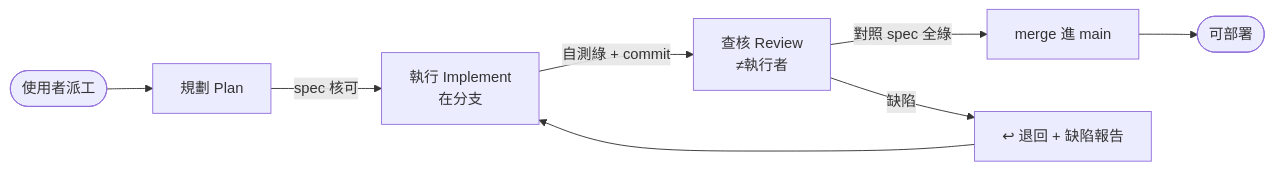
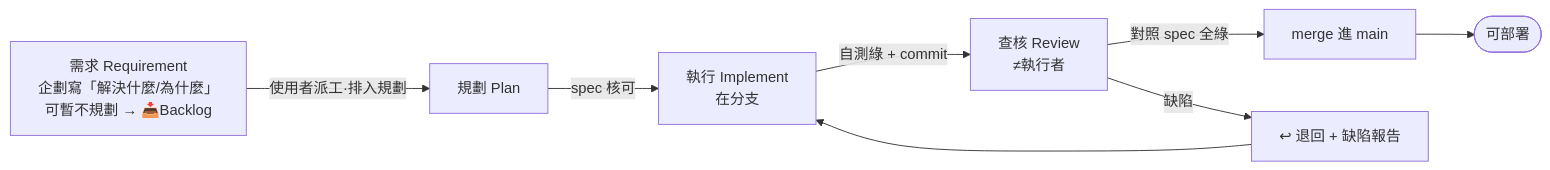
The second of 2 diagrams in AI_WORKFLOW.md (ruan6047/ai-workflow), drawn with Mermaid before and after one commit. The commit also changed other lines of this file and 1 other file, not shown here.

First line of the commit message:
docs: §2 流程階段三→四階段，拆出「需求 [Requirement]」階段 (WF-6)

````diff
--- a/AI_WORKFLOW.md
+++ b/AI_WORKFLOW.md
@@ -75,10 +77,10 @@
 ```mermaid
 flowchart LR
-    U([使用者派工]) --> P[規劃 Plan]
+    RQ[需求 Requirement<br/>企劃寫「解決什麼/為什麼」<br/>可暫不規劃 → 📥Backlog] -->|使用者派工·排入規劃| P[規劃 Plan]
     P -->|spec 核可| I[執行 Implement<br/>在分支]
     I -->|自測綠 + commit| R[查核 Review<br/>≠執行者]
     R -->|對照 spec 全綠| M[merge 進 main]
     M --> D([可部署])
     R -->|缺陷| RJ[↩ 退回 + 缺陷報告]
     RJ --> I
 ```
````
